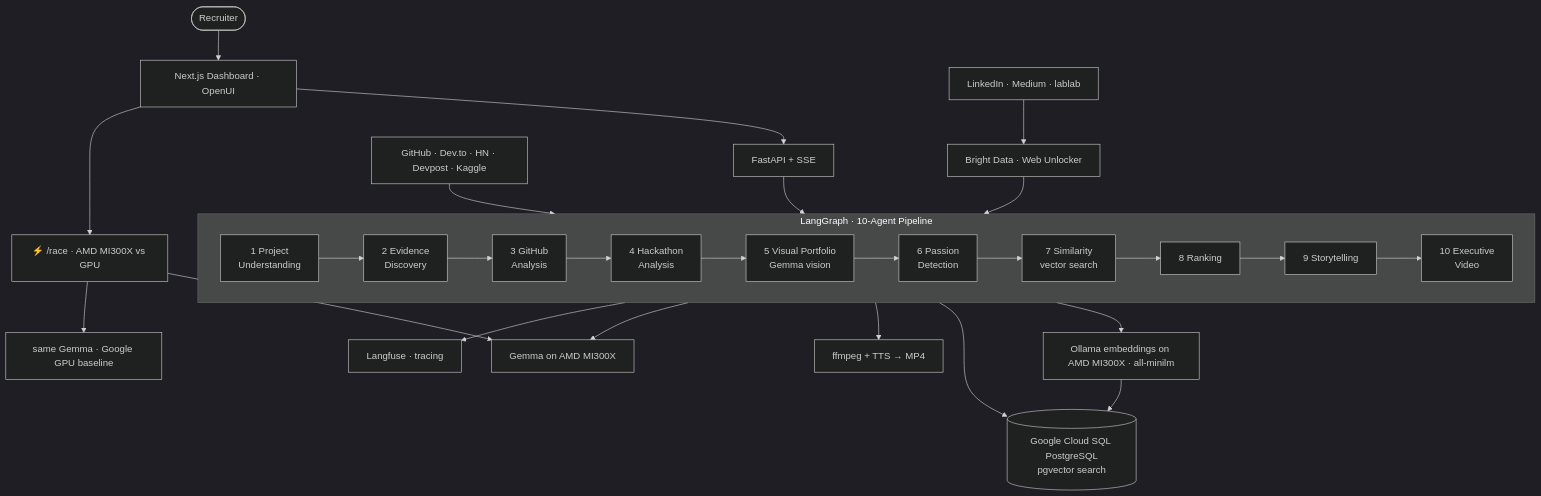
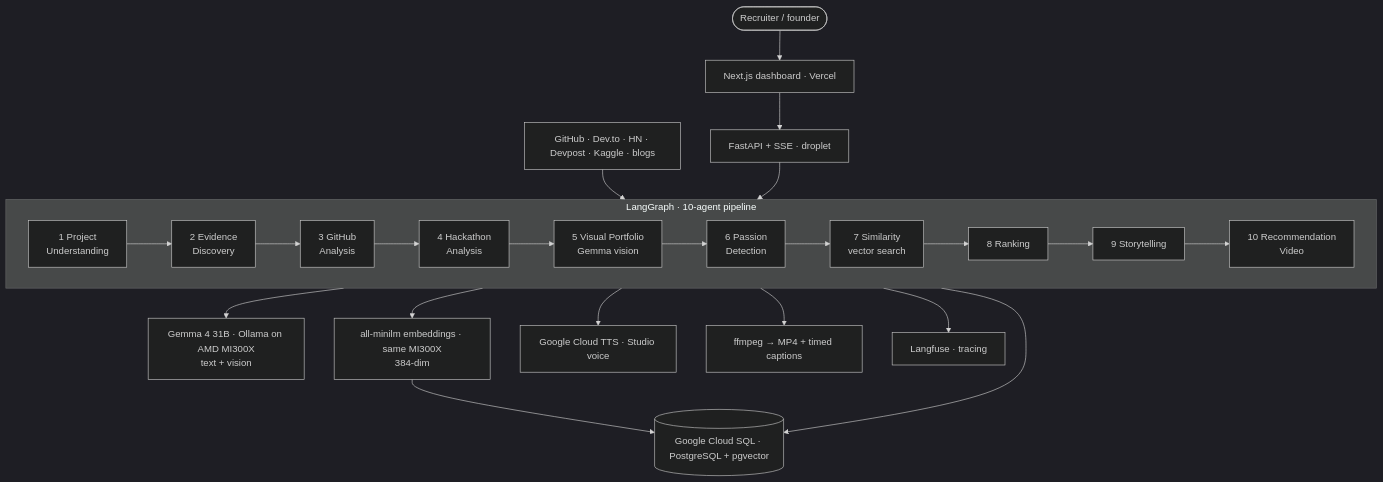
Before and after one commit to EimisPacheco/Genuine-Passion-ProjectMatch-AMD: the diagram in README.md, drawn with Mermaid (dark theme). The commit also changed other lines of this file, not shown here.

````diff
--- a/README.md
+++ b/README.md
@@ -57,24 +30,20 @@
 ```mermaid
 flowchart TB
-  R([Recruiter]) --> FE[Next.js Dashboard · OpenUI]
-  FE --> API[FastAPI + SSE]
-  API --> P
+  R([Recruiter / founder]) --> FE[Next.js dashboard · Vercel]
+  FE --> API[FastAPI + SSE · droplet]
 
-  subgraph P[LangGraph · 10-Agent Pipeline]
+  subgraph P[LangGraph · 10-agent pipeline]
     direction LR
-    A1[1 Project<br/>Understanding] --> A2[2 Evidence<br/>Discovery] --> A3[3 GitHub<br/>Analysis] --> A4[4 Hackathon<br/>Analysis] --> A5[5 Visual Portfolio<br/>Gemma vision] --> A6[6 Passion<br/>Detection] --> A7[7 Similarity<br/>vector search] --> A8[8 Ranking] --> A9[9 Storytelling] --> A10[10 Executive<br/>Video]
+    A1[1 Project<br/>Understanding] --> A2[2 Evidence<br/>Discovery] --> A3[3 GitHub<br/>Analysis] --> A4[4 Hackathon<br/>Analysis] --> A5[5 Visual Portfolio<br/>Gemma vision] --> A6[6 Passion<br/>Detection] --> A7[7 Similarity<br/>vector search] --> A8[8 Ranking] --> A9[9 Storytelling] --> A10[10 Recommendation<br/>Video]
   end
 
-  FE --> RACE[⚡ /race · AMD MI300X vs GPU]
-  SRC[GitHub · Dev.to · HN · Devpost · Kaggle] --> A2
-  BLOCKED[LinkedIn · Medium · lablab] --> BD[Bright Data · Web Unlocker]
-  BD --> A2
-  P --> CL[Gemma on AMD MI300X]
-  RACE --> CL
-  RACE --> TG[same Gemma · Google GPU baseline]
-  A7 --> RP[Ollama embeddings on AMD MI300X · all-minilm]
-  RP --> DB[(Google Cloud SQL PostgreSQL<br/>pgvector search)]
+  API --> P
+  SRC[GitHub · Dev.to · HN · Devpost · Kaggle · blogs] --> A2
+  P --> GEMMA[Gemma 4 31B · Ollama on AMD MI300X<br/>text + vision]
+  A7 --> EMB[all-minilm embeddings · same MI300X<br/>384-dim]
+  EMB --> DB[(Google Cloud SQL · PostgreSQL + pgvector)]
   A7 --> DB
+  A10 --> TTS[Google Cloud TTS · Studio voice]
+  A10 --> VID[ffmpeg → MP4 + timed captions]
   P --> LF[Langfuse · tracing]
-  A10 --> VID[ffmpeg + TTS → MP4]
 ```
````
